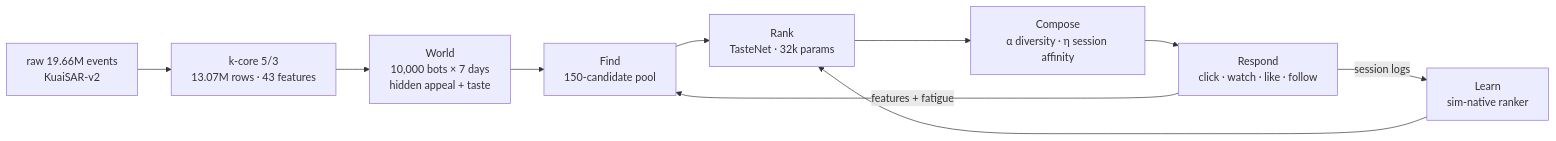
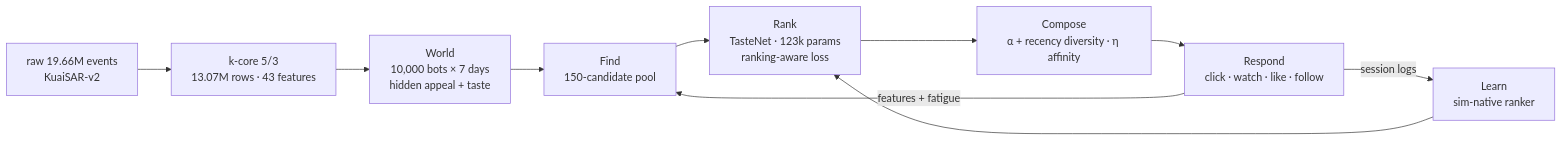
Before and after one commit to 1ens0r/doomscroll: the diagram in README.md, drawn with Mermaid. The commit also changed other lines of this file and 13 other files, not shown here.

````diff
--- a/README.md
+++ b/README.md
@@ -123,12 +124,12 @@
 ```mermaid
 graph LR
     raw["raw 19.66M events<br/>KuaiSAR-v2"] --> kc["k-core 5/3<br/>13.07M rows · 43 features"]
     kc --> world["World<br/>10,000 bots × 7 days<br/>hidden appeal + taste"]
     world --> find["Find<br/>150-candidate pool"]
-    find --> rank["Rank<br/>TasteNet · 32k params"]
-    rank --> compose["Compose<br/>α diversity · η session affinity"]
+    find --> rank["Rank<br/>TasteNet · 123k params<br/>ranking-aware loss"]
+    rank --> compose["Compose<br/>α + recency diversity · η affinity"]
     compose --> respond["Respond<br/>click · watch · like · follow"]
     respond -->|"session logs"| learn["Learn<br/>sim-native ranker"]
     learn --> rank
     respond -->|"features + fatigue"| find
 ```
````
